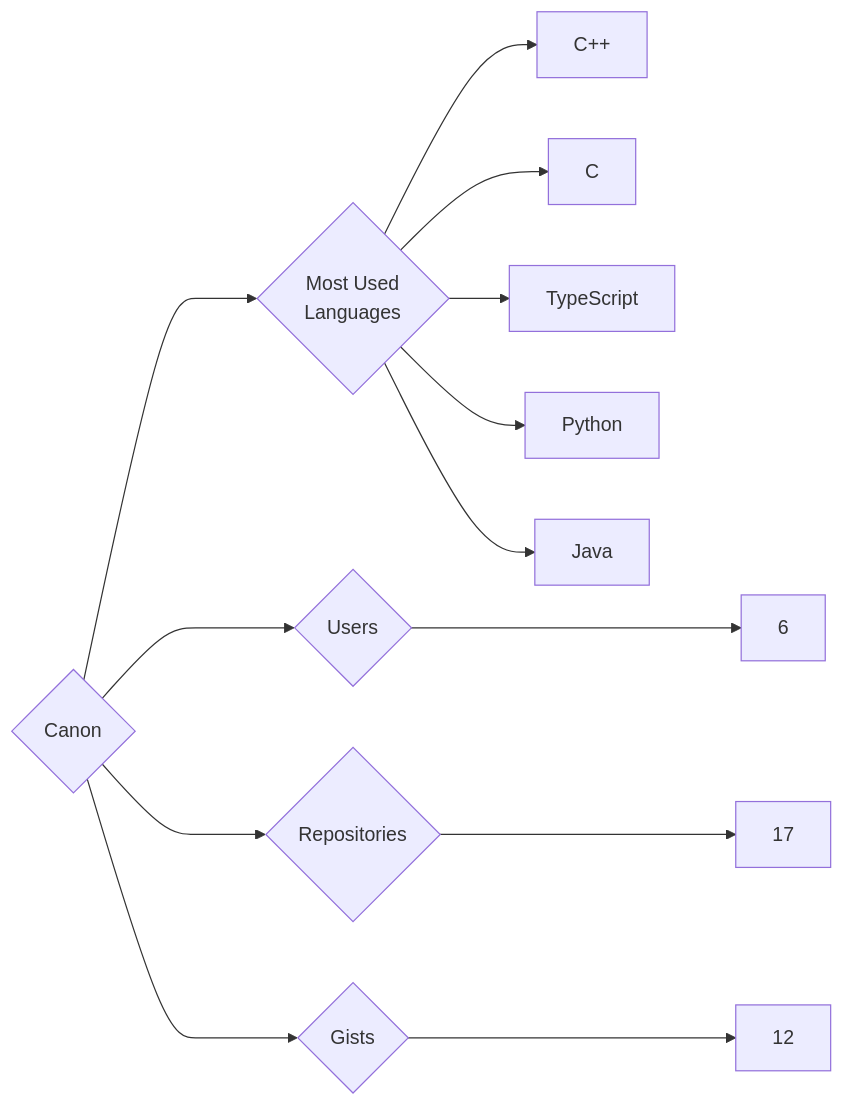
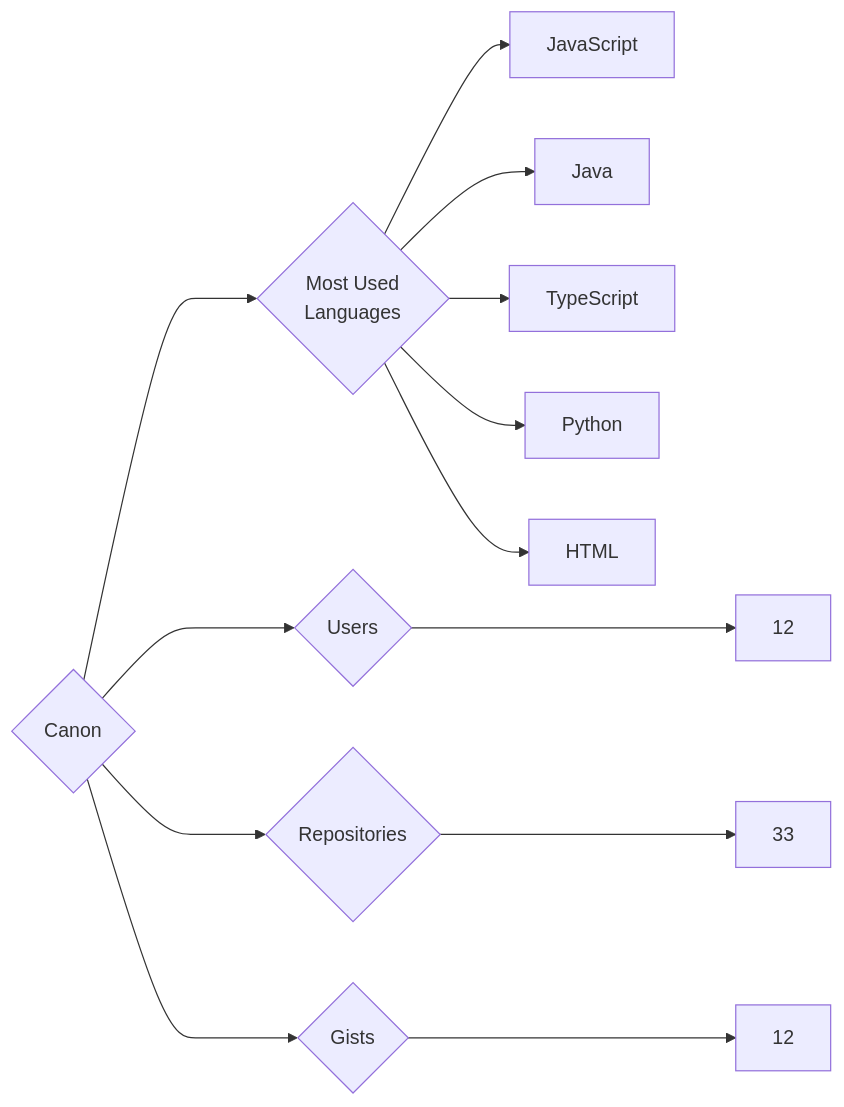
The diagram in targets/Canon/README.md (trickest/insiders), drawn with Mermaid before and after one commit. The commit also changed 610 other files, not shown here.

````diff
--- a/targets/Canon/README.md
+++ b/targets/Canon/README.md
@@ -3,13 +3,13 @@
 ```mermaid
 graph LR
 COMPANY_NAME{Canon}
-COMPANY_NAME ---> U{Users} ---> UN[6]
-COMPANY_NAME ---> R{Repositories} ---> RN[17]
+COMPANY_NAME ---> U{Users} ---> UN[12]
+COMPANY_NAME ---> R{Repositories} ---> RN[33]
 COMPANY_NAME ---> G{Gists} ---> GN[12]
 COMPANY_NAME ---> ML{Most Used<br>Languages}
-ML --> C++[C++]
-ML --> C[C]
+ML --> JavaScript[JavaScript]
+ML --> Java[Java]
 ML --> TypeScript[TypeScript]
 ML --> Python[Python]
-ML --> Java[Java]
+ML --> HTML[HTML]
 ```
````
